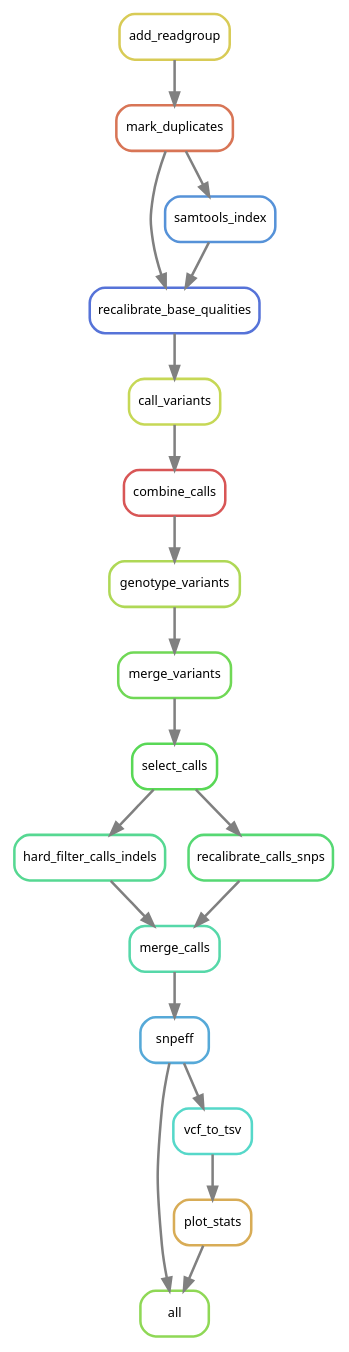
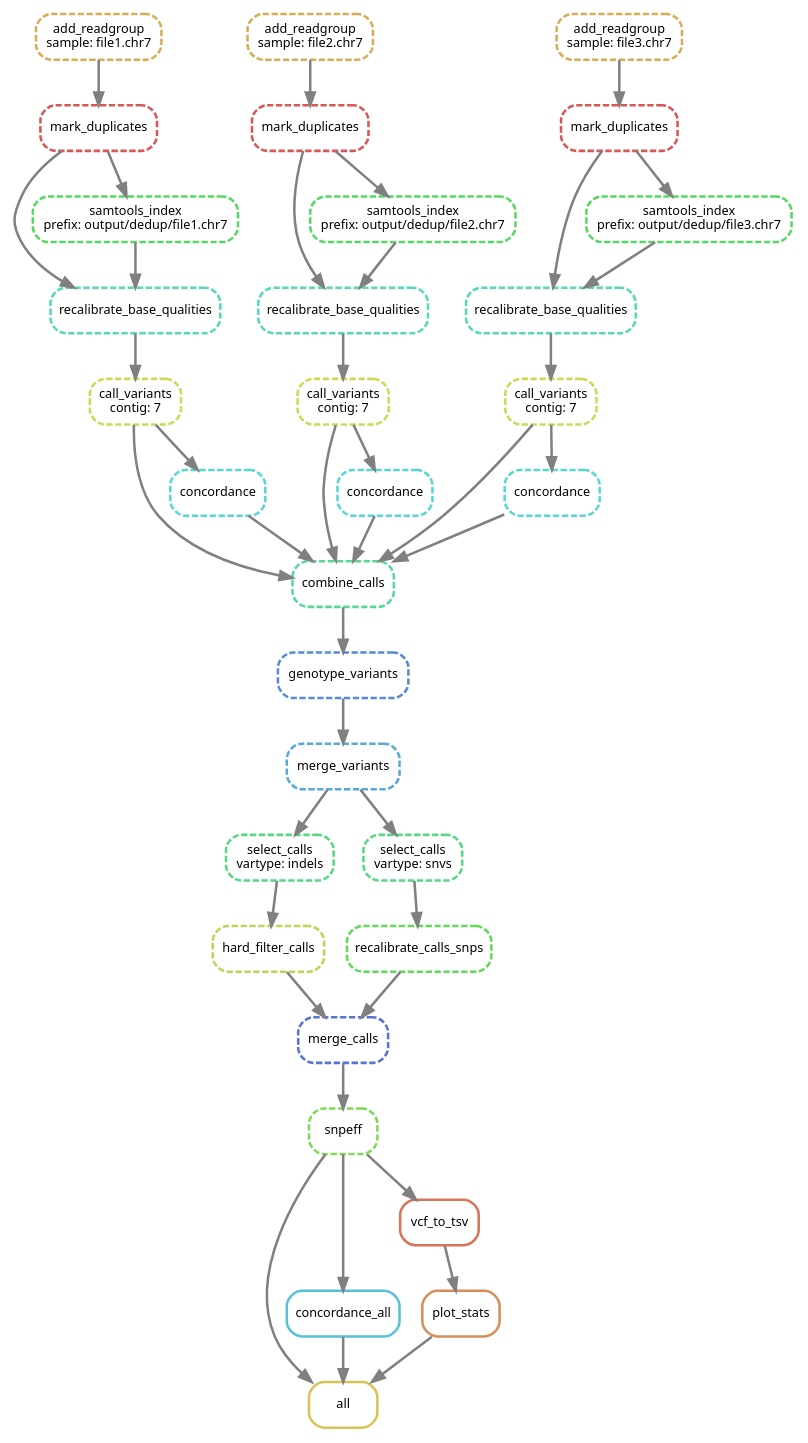
The diagram in dag/snakemake.dot (rimjhimroy/SnakeGATK), drawn with Graphviz before and after one commit. The commit also changed other lines of this file and 13 other files, not shown here.

```diff
--- a/dag/snakemake.dot
+++ b/dag/snakemake.dot
@@ -1,39 +1,75 @@
 digraph snakemake_dag {
     graph[bgcolor=white, margin=0];
     node[shape=box, style=rounded, fontname=sans,                 fontsize=10, penwidth=2];
     edge[penwidth=2, color=grey];
-	0[label = "all", color = "0.26 0.6 0.85", style="rounded"];
-	1[label = "snpeff", color = "0.56 0.6 0.85", style="rounded"];
-	2[label = "plot_stats", color = "0.11 0.6 0.85", style="rounded"];
-	3[label = "merge_calls", color = "0.44 0.6 0.85", style="rounded"];
-	4[label = "vcf_to_tsv", color = "0.48 0.6 0.85", style="rounded"];
-	5[label = "hard_filter_calls_indels", color = "0.41 0.6 0.85", style="rounded"];
-	6[label = "recalibrate_calls_snps", color = "0.37 0.6 0.85", style="rounded"];
-	7[label = "select_calls", color = "0.33 0.6 0.85", style="rounded"];
-	8[label = "merge_variants", color = "0.30 0.6 0.85", style="rounded"];
-	9[label = "genotype_variants", color = "0.22 0.6 0.85", style="rounded"];
-	10[label = "combine_calls", color = "0.00 0.6 0.85", style="rounded"];
-	11[label = "call_variants", color = "0.19 0.6 0.85", style="rounded"];
-	12[label = "recalibrate_base_qualities", color = "0.63 0.6 0.85", style="rounded"];
-	13[label = "mark_duplicates", color = "0.04 0.6 0.85", style="rounded"];
-	14[label = "samtools_index", color = "0.59 0.6 0.85", style="rounded"];
-	15[label = "add_readgroup", color = "0.15 0.6 0.85", style="rounded"];
+	0[label = "all", color = "0.14 0.6 0.85", style="rounded"];
+	1[label = "snpeff", color = "0.28 0.6 0.85", style="rounded,dashed"];
+	2[label = "plot_stats", color = "0.07 0.6 0.85", style="rounded"];
+	3[label = "concordance_all", color = "0.53 0.6 0.85", style="rounded"];
+	4[label = "merge_calls", color = "0.63 0.6 0.85", style="rounded,dashed"];
+	5[label = "vcf_to_tsv", color = "0.04 0.6 0.85", style="rounded"];
+	6[label = "hard_filter_calls", color = "0.21 0.6 0.85", style="rounded,dashed"];
+	7[label = "recalibrate_calls_snps", color = "0.32 0.6 0.85", style="rounded,dashed"];
+	8[label = "select_calls\nvartype: indels", color = "0.39 0.6 0.85", style="rounded,dashed"];
+	9[label = "select_calls\nvartype: snvs", color = "0.39 0.6 0.85", style="rounded,dashed"];
+	10[label = "merge_variants", color = "0.56 0.6 0.85", style="rounded,dashed"];
+	11[label = "genotype_variants", color = "0.60 0.6 0.85", style="rounded,dashed"];
+	12[label = "combine_calls", color = "0.42 0.6 0.85", style="rounded,dashed"];
+	13[label = "concordance", color = "0.49 0.6 0.85", style="rounded,dashed"];
+	14[label = "concordance", color = "0.49 0.6 0.85", style="rounded,dashed"];
+	15[label = "concordance", color = "0.49 0.6 0.85", style="rounded,dashed"];
+	16[label = "call_variants\ncontig: 7", color = "0.18 0.6 0.85", style="rounded,dashed"];
+	17[label = "call_variants\ncontig: 7", color = "0.18 0.6 0.85", style="rounded,dashed"];
+	18[label = "call_variants\ncontig: 7", color = "0.18 0.6 0.85", style="rounded,dashed"];
+	19[label = "recalibrate_base_qualities", color = "0.46 0.6 0.85", style="rounded,dashed"];
+	20[label = "recalibrate_base_qualities", color = "0.46 0.6 0.85", style="rounded,dashed"];
+	21[label = "recalibrate_base_qualities", color = "0.46 0.6 0.85", style="rounded,dashed"];
+	22[label = "mark_duplicates", color = "0.00 0.6 0.85", style="rounded,dashed"];
+	23[label = "samtools_index\nprefix: output/dedup/file1.chr7", color = "0.35 0.6 0.85", style="rounded,dashed"];
+	24[label = "mark_duplicates", color = "0.00 0.6 0.85", style="rounded,dashed"];
+	25[label = "samtools_index\nprefix: output/dedup/file2.chr7", color = "0.35 0.6 0.85", style="rounded,dashed"];
+	26[label = "mark_duplicates", color = "0.00 0.6 0.85", style="rounded,dashed"];
+	27[label = "samtools_index\nprefix: output/dedup/file3.chr7", color = "0.35 0.6 0.85", style="rounded,dashed"];
+	28[label = "add_readgroup\nsample: file1.chr7", color = "0.11 0.6 0.85", style="rounded,dashed"];
+	29[label = "add_readgroup\nsample: file2.chr7", color = "0.11 0.6 0.85", style="rounded,dashed"];
+	30[label = "add_readgroup\nsample: file3.chr7", color = "0.11 0.6 0.85", style="rounded,dashed"];
 	1 -> 0
 	2 -> 0
-	3 -> 1
-	4 -> 2
-	6 -> 3
-	5 -> 3
-	1 -> 4
-	7 -> 5
-	7 -> 6
-	8 -> 7
-	9 -> 8
+	3 -> 0
+	4 -> 1
+	5 -> 2
+	1 -> 3
+	6 -> 4
+	7 -> 4
+	1 -> 5
+	8 -> 6
+	9 -> 7
+	10 -> 8
 	10 -> 9
 	11 -> 10
 	12 -> 11
 	13 -> 12
 	14 -> 12
-	15 -> 13
-	13 -> 14
+	15 -> 12
+	16 -> 12
+	17 -> 12
+	18 -> 12
+	16 -> 13
+	17 -> 14
+	18 -> 15
+	19 -> 16
+	20 -> 17
+	21 -> 18
+	22 -> 19
+	23 -> 19
+	24 -> 20
+	25 -> 20
+	26 -> 21
+	27 -> 21
+	28 -> 22
+	22 -> 23
+	29 -> 24
+	24 -> 25
+	30 -> 26
+	26 -> 27
 }            
```
